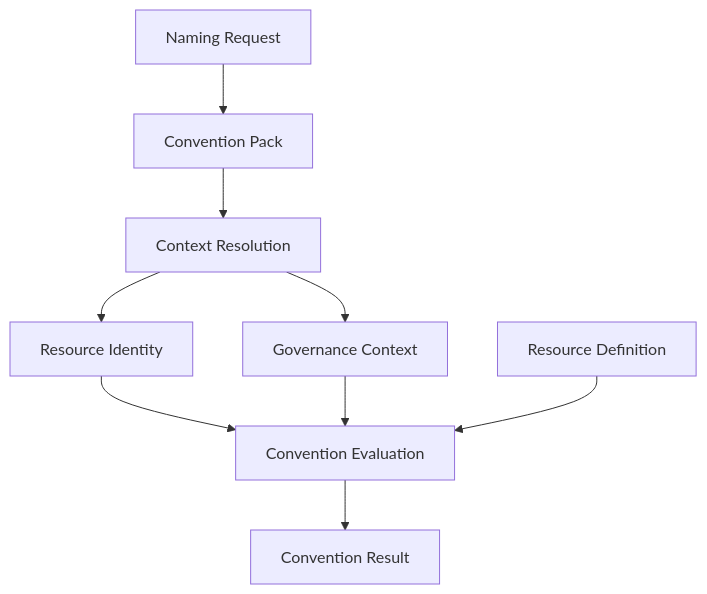
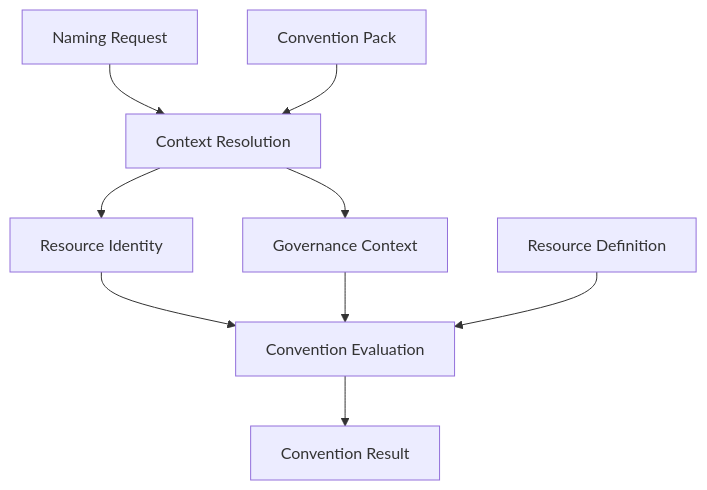
The diagram in specification/README.md (lksnext/iac-resource-conventions), drawn with Mermaid before and after one commit. The commit also changed other lines of this file and 8 other files, not shown here.

First line of the commit message:
docs(specification): add first aws workload convention pack (#16)

````diff
--- a/specification/README.md
+++ b/specification/README.md
@@ -78,12 +111,20 @@
 ```mermaid
 flowchart TD
-    NR["Naming Request"] --> CP["Convention Pack"]
-    CP --> CR["Context Resolution"]
-    CR --> RI["Resource Identity"]
-    CR --> GC["Governance Context"]
+    NR["Naming Request"]
+    CP["Convention Pack"]
+    CR["Context Resolution"]
+    RI["Resource Identity"]
+    GC["Governance Context"]
     RD["Resource Definition"]
-    RI --> CE["Convention Evaluation"]
+    CE["Convention Evaluation"]
+    RS["Convention Result"]
+
+    NR --> CR
+    CP --> CR
+    CR --> RI
+    CR --> GC
+    RI --> CE
     GC --> CE
     RD --> CE
-    CE --> RS["Convention Result"]
+    CE --> RS
 ```
````
